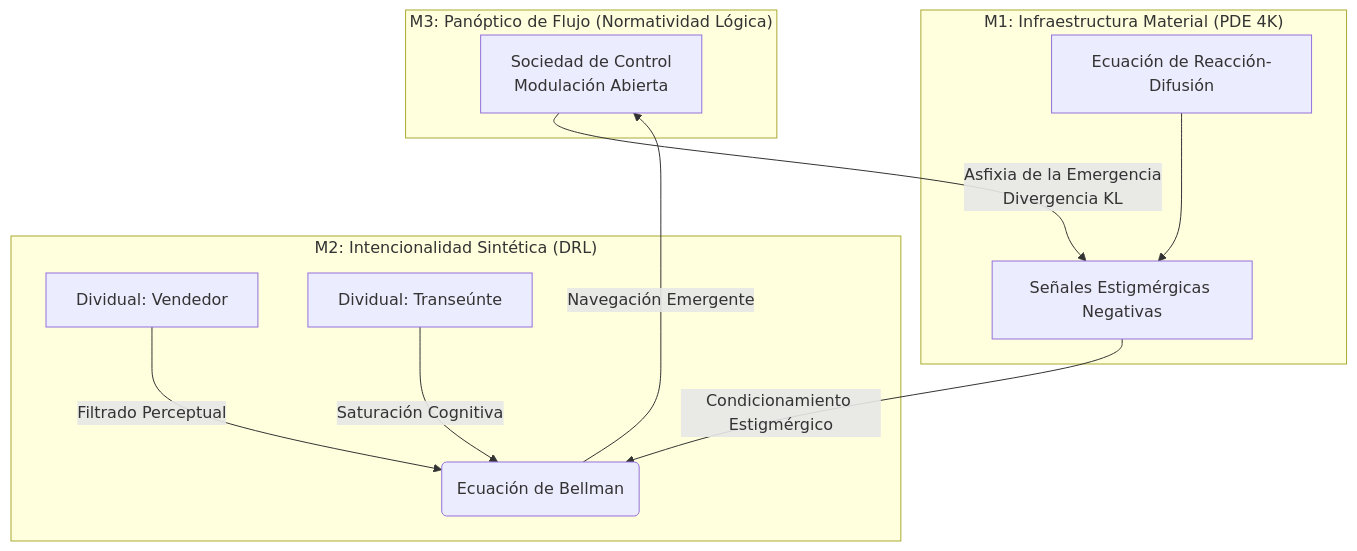
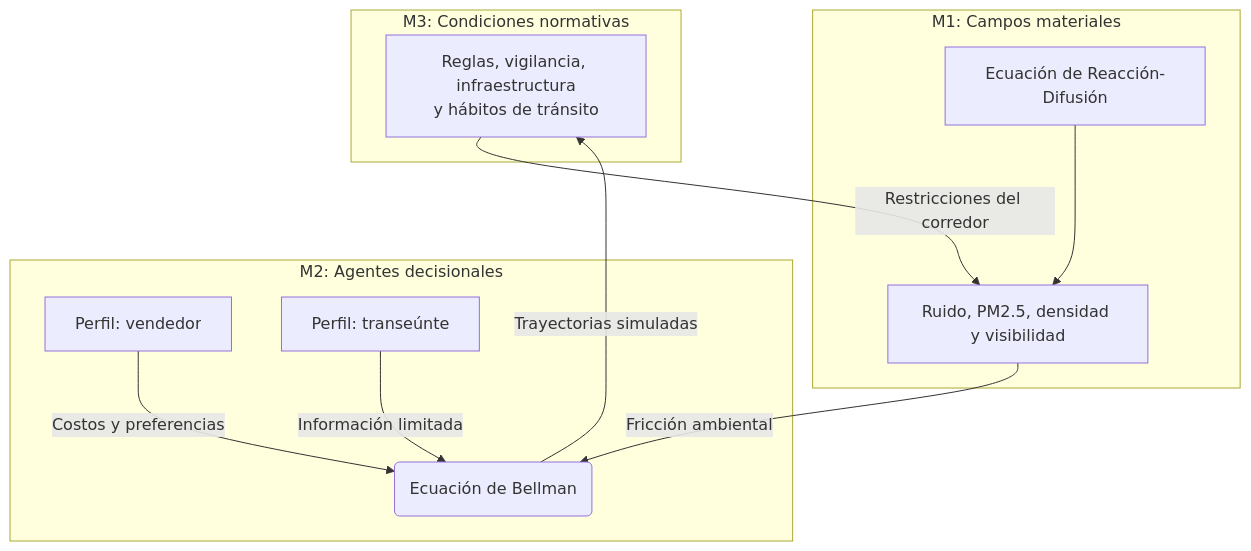
Before and after one commit to stevenvo780/FenomenologiaUrbana: the diagram in tesis/02-metodologia-y-diseno-hpc.md, drawn with Mermaid. The commit also changed other lines of this file and 17 other files, not shown here.

````diff
--- a/tesis/02-metodologia-y-diseno-hpc.md
+++ b/tesis/02-metodologia-y-diseno-hpc.md
@@ -35,23 +39,23 @@
 ```mermaid
 graph TD
-    subgraph "M3: Panóptico de Flujo (Normatividad Lógica)"
-        C[Sociedad de Control<br>Modulación Abierta]
+    subgraph "M3: Condiciones normativas"
+        C[Reglas, vigilancia, infraestructura<br>y hábitos de tránsito]
     end
 
-    subgraph "M2: Intencionalidad Sintética (DRL)"
-        A1[Dividual: Vendedor]
-        A2[Dividual: Transeúnte]
-        A1 -- Filtrado Perceptual --> Q(Ecuación de Bellman)
-        A2 -- Saturación Cognitiva --> Q
+    subgraph "M2: Agentes decisionales"
+        A1[Perfil: vendedor]
+        A2[Perfil: transeúnte]
+        A1 -- Costos y preferencias --> Q(Ecuación de Bellman)
+        A2 -- Información limitada --> Q
     end
 
-    subgraph "M1: Infraestructura Material (PDE 4K)"
+    subgraph "M1: Campos materiales"
         P[Ecuación de Reacción-Difusión]
-        S[Señales Estigmérgicas Negativas]
+        S[Ruido, PM2.5, densidad y visibilidad]
         P --> S
     end
 
-    S -->|Condicionamiento Estigmérgico| Q
-    Q -->|Navegación Emergente| C
-    C -->|Asfixia de la Emergencia<br>Divergencia KL| S
+    S -->|Fricción ambiental| Q
+    Q -->|Trayectorias simuladas| C
+    C -->|Restricciones del corredor| S
 ```
````
